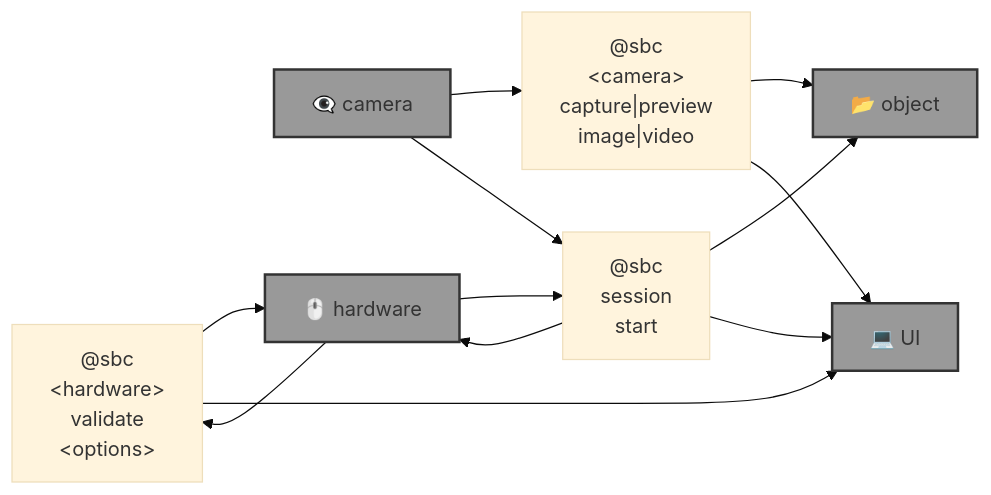
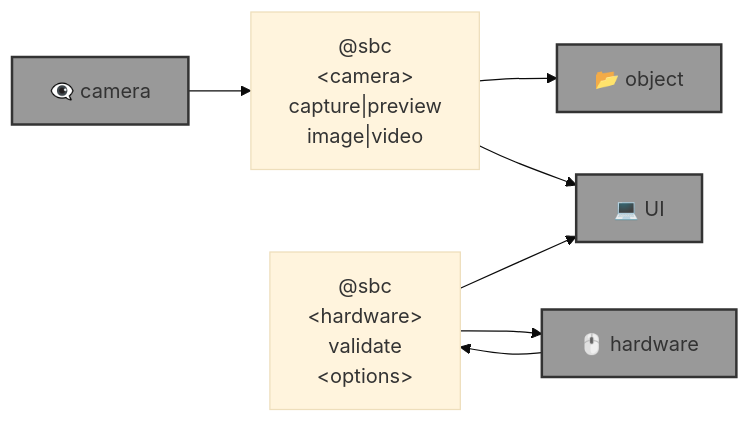
The diagram in README.md (kamangir/bluer-sbc), drawn with Mermaid (base theme) before and after one commit. The commit also changed other lines of this file and 4 other files, not shown here.

````diff
--- a/README.md
+++ b/README.md
@@ -16,29 +16,21 @@
 ```mermaid
 graph LR
     camera["@sbc<br>&lt;camera&gt;<br>capture|preview<br>image|video"]
 
     hardware_validate["@sbc<br>&lt;hardware&gt;<br>validate<br>&lt;options&gt;"]
-
-    session_start["@sbc<br>session<br>start"]
 
     object["📂 object"]:::folder
     camera_hardware["👁️‍🗨️ camera"]:::folder
     hardware["🖱️ hardware"]:::folder
     UI["💻 UI"]:::folder
 
     camera_hardware --> camera
     camera --> object
     camera --> UI
 
     hardware --> hardware_validate
     hardware_validate --> hardware
     hardware_validate --> UI
 
-    hardware --> session_start
-    session_start --> hardware
-    camera_hardware --> session_start
-    session_start --> object
-    session_start --> UI
-
     classDef folder fill:#999,stroke:#333,stroke-width:2px;
 ```
````
